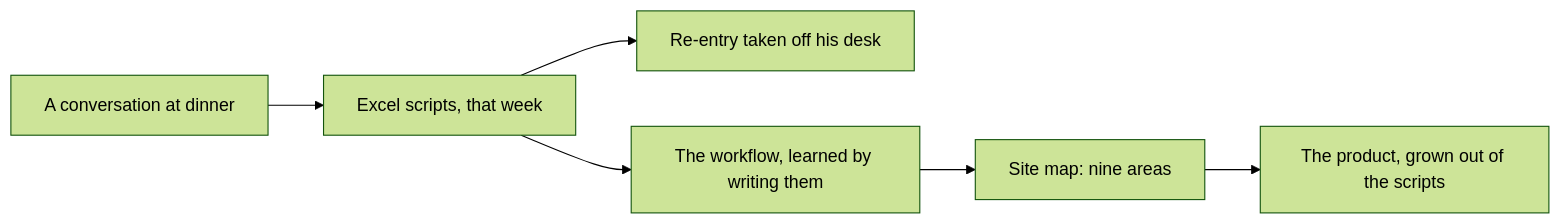
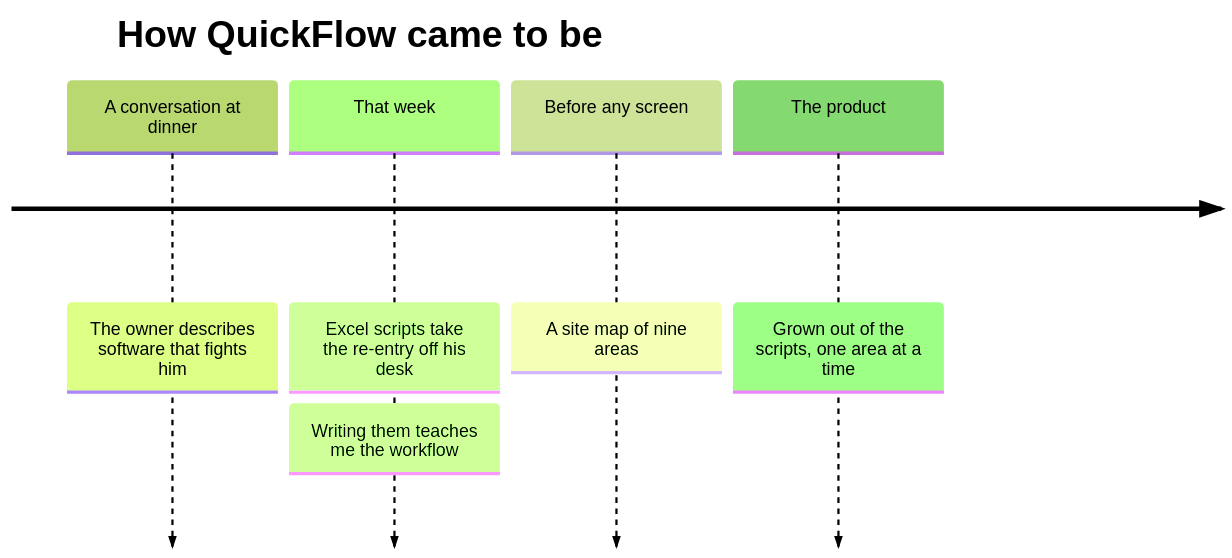
Before and after one commit to hbarsky00/barsky-design-canvas: the diagram in docs/diagrams/business-management/excel-first.mmd, drawn with Mermaid (forest theme). The commit also changed 53 other files, not shown here.

First line of the commit message:
Redraw every diagram so they read at 1:1 and stop looking like one template

```diff
--- a/docs/diagrams/business-management/excel-first.mmd
+++ b/docs/diagrams/business-management/excel-first.mmd
@@ -1,6 +1,7 @@
-flowchart LR
-  a[A conversation at dinner] --> b[Excel scripts, that week]
-  b --> c[Re-entry taken off his desk]
-  b --> d[The workflow, learned by writing them]
-  d --> e[Site map: nine areas]
-  e --> f[The product, grown out of the scripts]
+timeline
+  title How QuickFlow came to be
+  A conversation at dinner : The owner describes software that fights him
+  That week : Excel scripts take the re-entry off his desk
+             : Writing them teaches me the workflow
+  Before any screen : A site map of nine areas
+  The product : Grown out of the scripts, one area at a time
```
